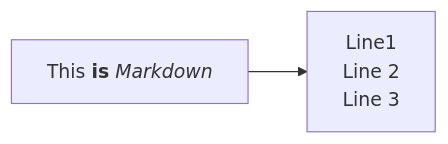
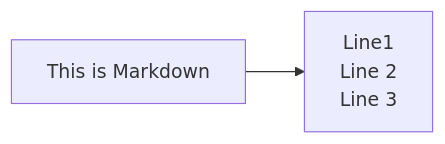
The diagram in src/contents/example.md (kongsakchai/slidemd), drawn with Mermaid before and after one commit. The commit also changed 7 other files, not shown here.

Commit message:
:tada: add mermaid js

````diff
--- a/src/contents/example.md
+++ b/src/contents/example.md
@@ -21,10 +21,10 @@
 ```mermaid
 
 flowchart LR
-    markdown["`This **is** _Markdown_`"]
+    markdown["`This is Markdown`"]
     newLines["`Line1
     Line 2
     Line 3`"]
     markdown --> newLines
 
 ```
````
